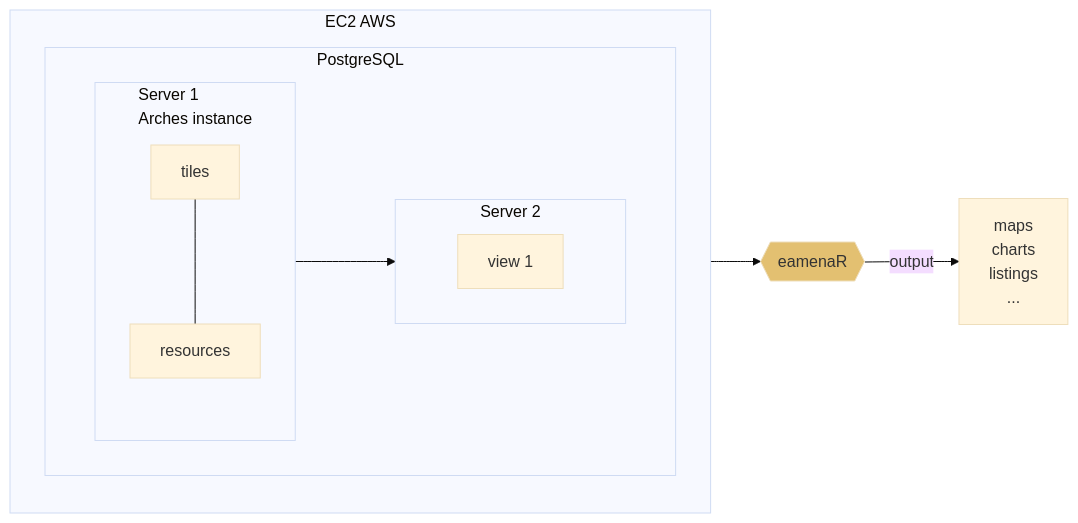
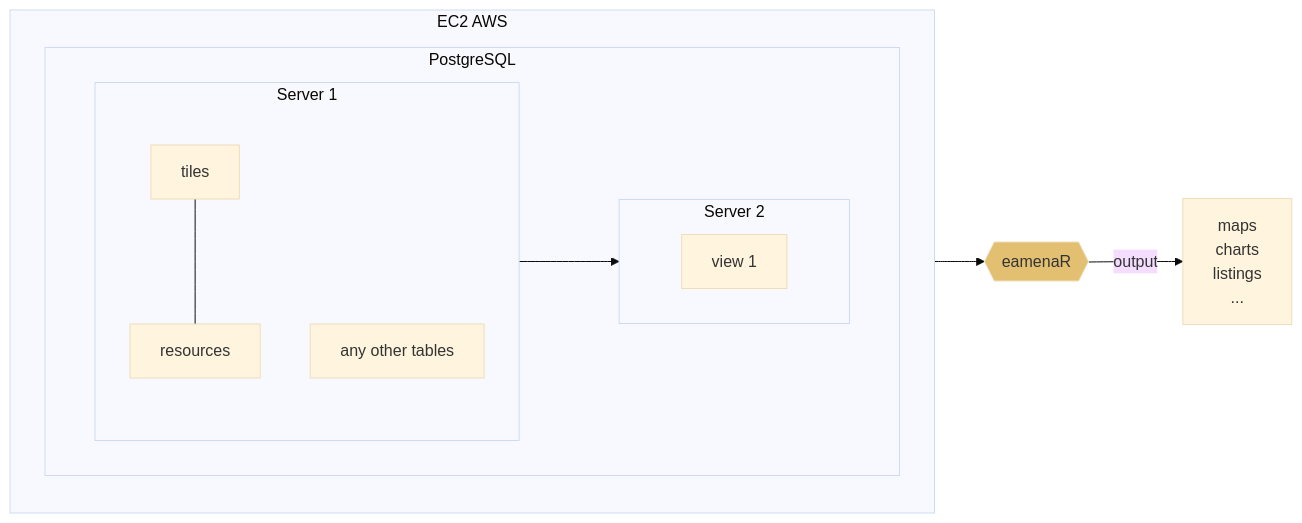
One commit to eamena-project/eamena-arches-dev changed the third of 5 diagrams in dev/README.md. Above: the diagram before and after it, drawn with Mermaid (base theme).

Commit message:
views diagram

````diff
--- a/dev/README.md
+++ b/dev/README.md
@@ -40,21 +40,22 @@
 ```mermaid
 flowchart LR
   subgraph EC2 [EC2 AWS]
     direction TB
     subgraph PostgreSQL
         direction LR
-        subgraph DB [Server 1 <br> Arches instance]
+        subgraph DB [Server 1]
             direction TB
             A[tiles] --- B[resources]
+            Z[any other tables]
         end
         subgraph VIEWS [Server 2]
             direction LR
             C[view 1]
         end
     end
   end
   DB --> VIEWS
   VIEWS --> D{{eamenaR}}:::eamenaRpkg
   D -- output--> E[maps<br>charts<br>listings<br>...]
   classDef eamenaRpkg fill:#e3c071
 ```
````
